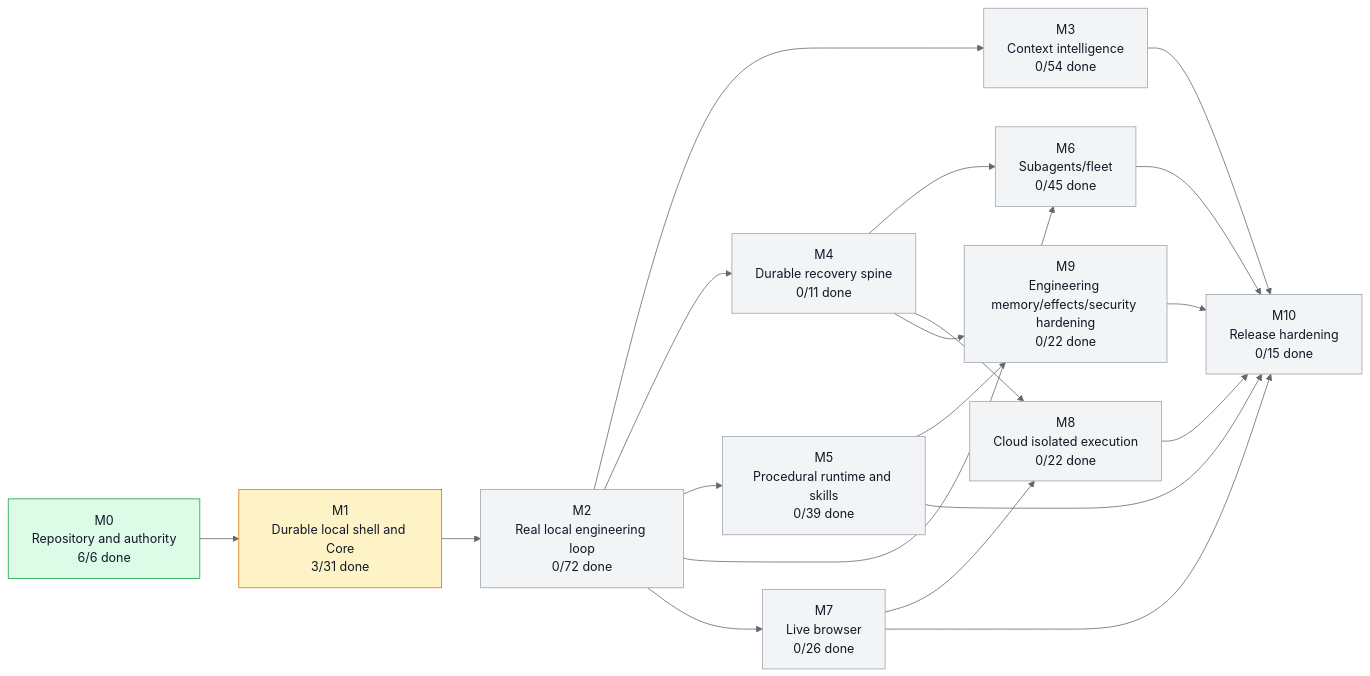
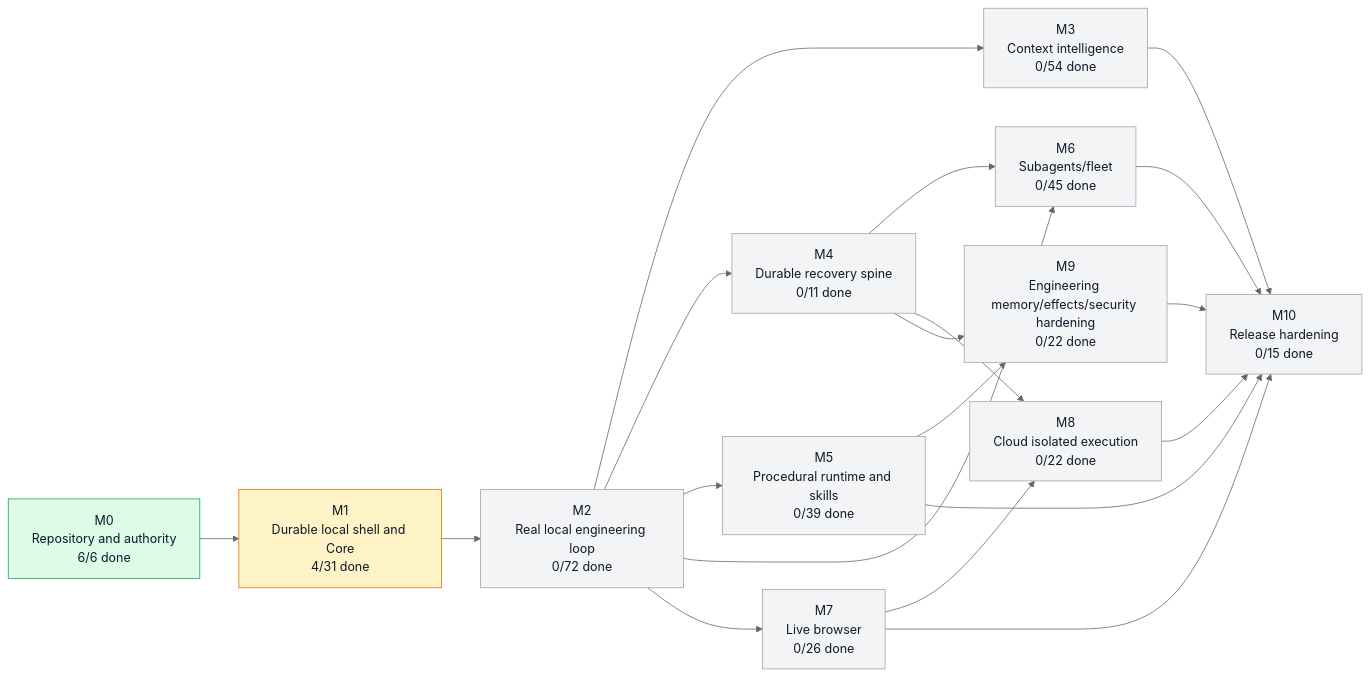
Before and after one commit to moss101/zmodbit: the first of 3 diagrams in graph/PROJECT_GRAPH.md, drawn with Mermaid (neutral theme). The commit also changed other lines of this file and 3 other files, not shown here.

````diff
--- a/graph/PROJECT_GRAPH.md
+++ b/graph/PROJECT_GRAPH.md
@@ -43,43 +43,43 @@
 ```mermaid
 flowchart LR
   M0["M0<br/>Repository and authority<br/>6/6 done"]
-  M1["M1<br/>Durable local shell and Core<br/>3/31 done"]
+  M1["M1<br/>Durable local shell and Core<br/>4/31 done"]
   M2["M2<br/>Real local engineering loop<br/>0/72 done"]
   M3["M3<br/>Context intelligence<br/>0/54 done"]
   M4["M4<br/>Durable recovery spine<br/>0/11 done"]
   M5["M5<br/>Procedural runtime and skills<br/>0/39 done"]
   M6["M6<br/>Subagents/fleet<br/>0/45 done"]
   M7["M7<br/>Live browser<br/>0/26 done"]
   M8["M8<br/>Cloud isolated execution<br/>0/22 done"]
   M9["M9<br/>Engineering memory/effects/security hardening<br/>0/22 done"]
   M10["M10<br/>Release hardening<br/>0/15 done"]
   M0 --> M1
   M1 --> M2
   M2 --> M3
   M2 --> M4
   M2 --> M5
   M2 --> M6
   M4 --> M6
   M2 --> M7
   M4 --> M8
   M7 --> M8
   M4 --> M9
   M5 --> M9
   M3 --> M10
   M5 --> M10
   M6 --> M10
   M7 --> M10
   M8 --> M10
   M9 --> M10
   style M0 fill:#dcfce7,stroke:#16a34a,color:#111827
   style M1 fill:#fef3c7,stroke:#d97706,color:#111827
   style M2 fill:#f3f4f6,stroke:#9ca3af,color:#111827
   style M3 fill:#f3f4f6,stroke:#9ca3af,color:#111827
   style M4 fill:#f3f4f6,stroke:#9ca3af,color:#111827
   style M5 fill:#f3f4f6,stroke:#9ca3af,color:#111827
   style M6 fill:#f3f4f6,stroke:#9ca3af,color:#111827
   style M7 fill:#f3f4f6,stroke:#9ca3af,color:#111827
   style M8 fill:#f3f4f6,stroke:#9ca3af,color:#111827
   style M9 fill:#f3f4f6,stroke:#9ca3af,color:#111827
   style M10 fill:#f3f4f6,stroke:#9ca3af,color:#111827
 ```
````
